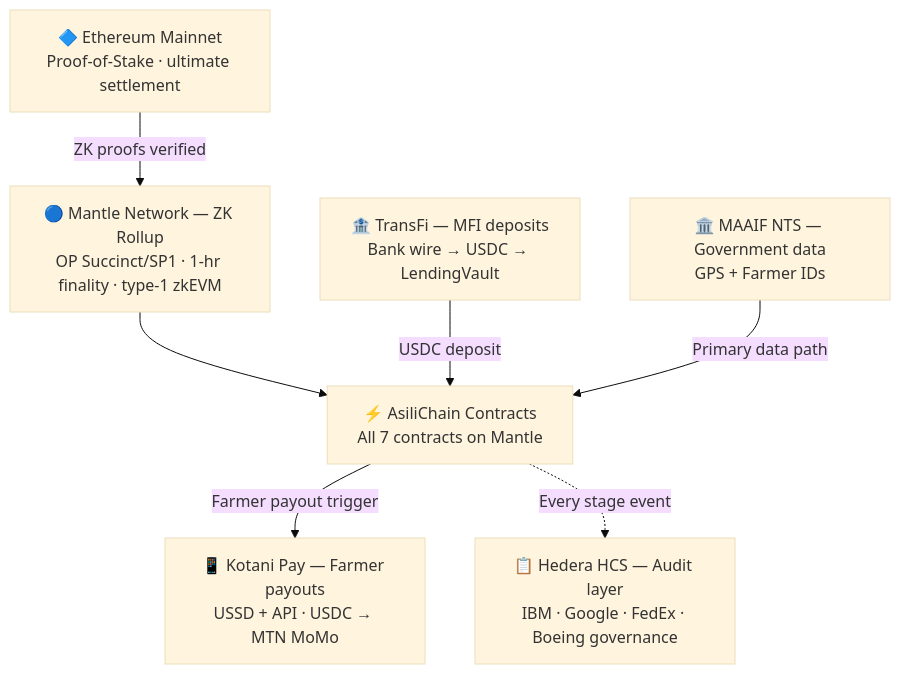
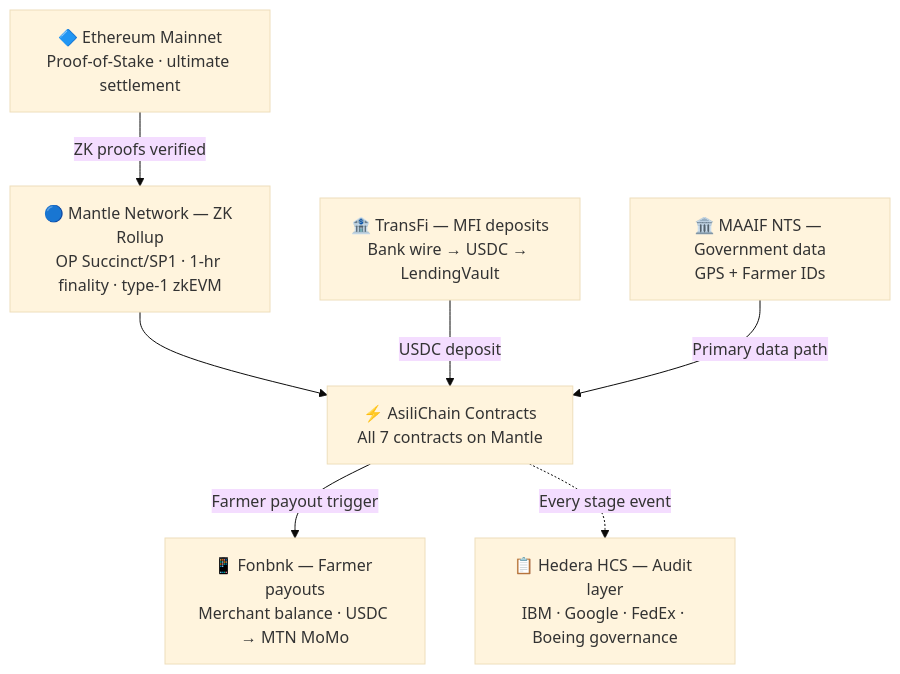
One commit to AsiliChain/docs changed the diagram in src/content/docs/developer/architecture.mdx. Above: the diagram before and after it, drawn with Mermaid (base theme). The commit also changed 35 other files, not shown here.

First line of the commit message:
docs(integrations): migrate docs from Kotani Pay to Fonbnk payment provider

````diff
--- a/src/content/docs/developer/architecture.mdx
+++ b/src/content/docs/developer/architecture.mdx
@@ -7,23 +7,23 @@
 ```mermaid
 graph TD
     L1["🔷 Ethereum Mainnet
 Proof-of-Stake · ultimate settlement"]
     L2["🔵 Mantle Network — ZK Rollup
 OP Succinct/SP1 · 1-hr finality · type-1 zkEVM"]
     AC["⚡ AsiliChain Contracts
 All 7 contracts on Mantle"]
-    KP["📱 Kotani Pay — Farmer payouts
-USSD + API · USDC → MTN MoMo"]
+    FB["📱 Fonbnk — Farmer payouts
+Merchant balance · USDC → MTN MoMo"]
     TF["🏦 TransFi — MFI deposits
 Bank wire → USDC → LendingVault"]
     HCS["📋 Hedera HCS — Audit layer
 IBM · Google · FedEx · Boeing governance"]
     MAAIF["🏛️ MAAIF NTS — Government data
 GPS + Farmer IDs"]
     L1 -->|"ZK proofs verified"| L2
     L2 --> AC
-    AC -->|"Farmer payout trigger"| KP
+    AC -->|"Farmer payout trigger"| FB
     TF -->|"USDC deposit"| AC
     AC -.->|"Every stage event"| HCS
     MAAIF -->|"Primary data path"| AC
 ```
````
